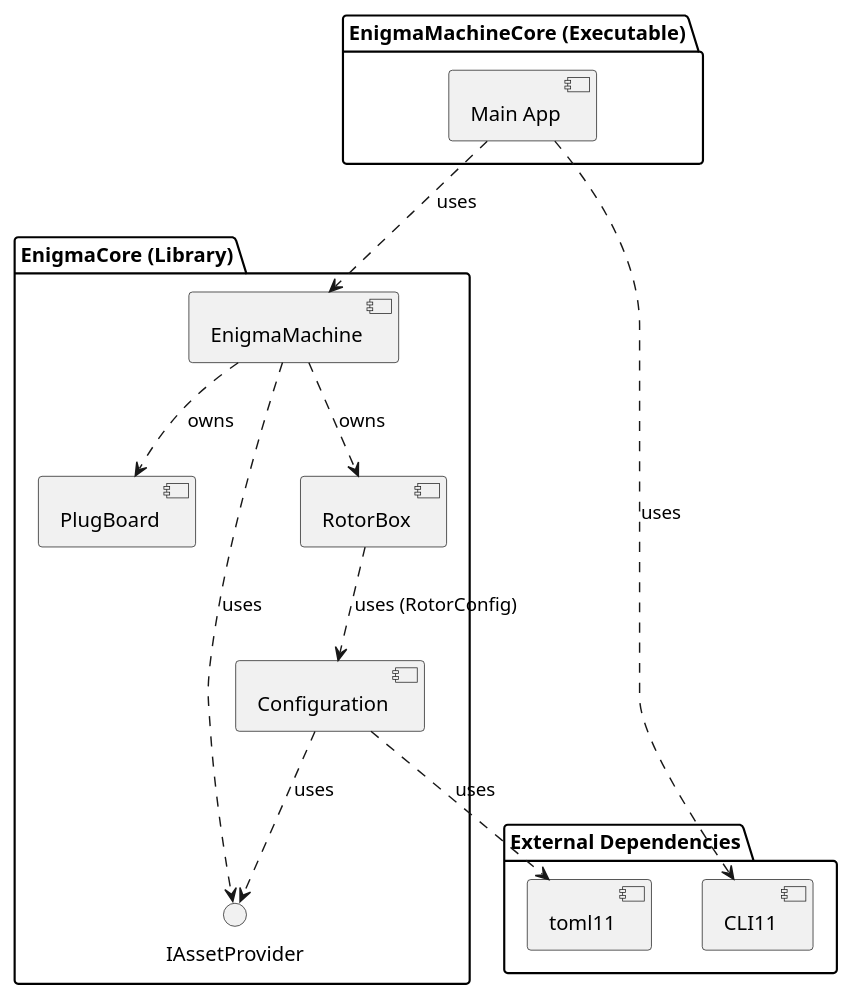
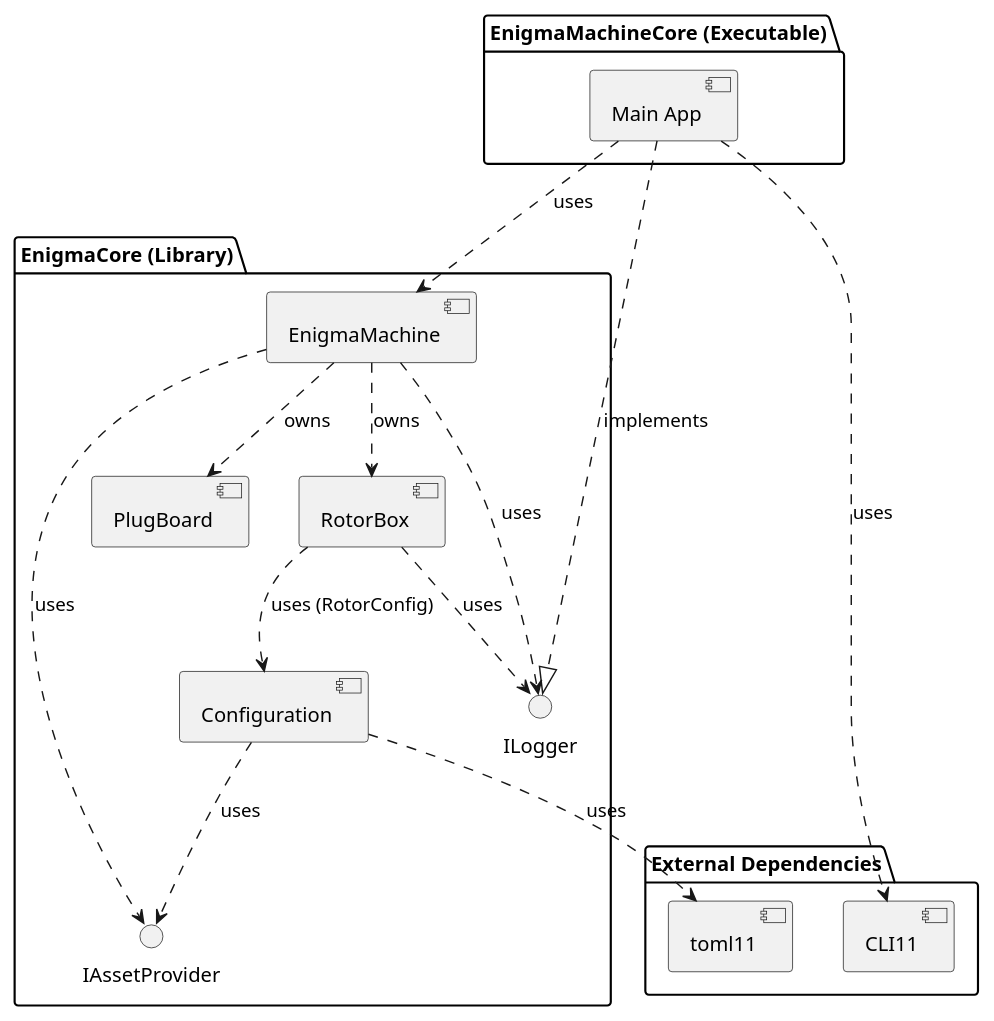
One commit to alvarocleite/EnigmaMachineCore changed the diagram in docs/diagrams/component_diagram.puml. Above: the diagram before and after it, drawn with PlantUML. The commit also changed 26 other files, not shown here.

```diff
--- a/docs/diagrams/component_diagram.puml
+++ b/docs/diagrams/component_diagram.puml
@@ -1,38 +1,42 @@
 @startuml EnigmaMachineCore_Component_Diagram
 
 skinparam monochrome true
 skinparam componentStyle uml2
 
 package "EnigmaMachineCore (Executable)" {
     [Main App] as App
 }
 
 package "EnigmaCore (Library)" {
     component [EnigmaMachine] as EM
     component [RotorBox] as RB
     component [PlugBoard] as PB
     component [Configuration] as Config
     
     interface "IAssetProvider" as IAP
+    interface "ILogger" as ILOG
 }
 
 package "External Dependencies" {
     [CLI11]
     [toml11]
 }
 
 ' Application Dependencies
 App ..> EM : uses
 App ..> CLI11 : uses
+App ..|> ILOG : implements
 
 ' Core Internal Dependencies
 EM ..> RB : owns
 EM ..> PB : owns
 EM ..> IAP : uses
+EM ..> ILOG : uses
 Config ..> IAP : uses
 RB ..> Config : uses (RotorConfig)
+RB ..> ILOG : uses
 
 ' External Lib Usage
 Config ..> toml11 : uses
 
 @enduml
```
